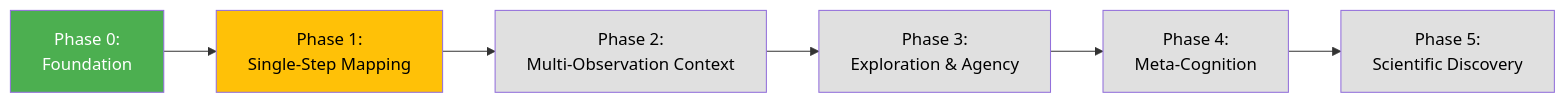
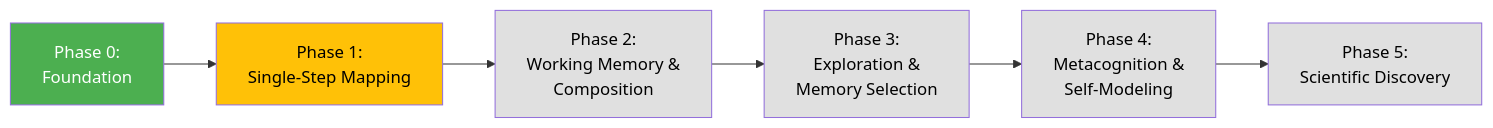
One commit to dgabriele/spinlock changed the diagram in docs/noa-roadmap.md. Above: the diagram before and after it, drawn with Mermaid. The commit also changed other lines of this file, not shown here.

First line of the commit message:
docs(noa): extend roadmap with grounded cognitive capabilities

````diff
--- a/docs/noa-roadmap.md
+++ b/docs/noa-roadmap.md
@@ -9,22 +9,22 @@
 ```mermaid
 flowchart LR
     Phase0[Phase 0:<br/>Foundation]
     Phase1[Phase 1:<br/>Single-Step Mapping]
-    Phase2[Phase 2:<br/>Multi-Observation Context]
-    Phase3[Phase 3:<br/>Exploration & Agency]
-    Phase4[Phase 4:<br/>Meta-Cognition]
+    Phase2[Phase 2:<br/>Working Memory &<br/>Composition]
+    Phase3[Phase 3:<br/>Exploration &<br/>Memory Selection]
+    Phase4[Phase 4:<br/>Metacognition &<br/>Self-Modeling]
     Phase5[Phase 5:<br/>Scientific Discovery]
 
     Phase0 --> Phase1
     Phase1 --> Phase2
     Phase2 --> Phase3
     Phase3 --> Phase4
     Phase4 --> Phase5
 
     style Phase0 fill:#4CAF50,color:#fff
     style Phase1 fill:#FFC107,color:#000
     style Phase2 fill:#e0e0e0,color:#000
     style Phase3 fill:#e0e0e0,color:#000
     style Phase4 fill:#e0e0e0,color:#000
     style Phase5 fill:#e0e0e0,color:#000
 ```
````
